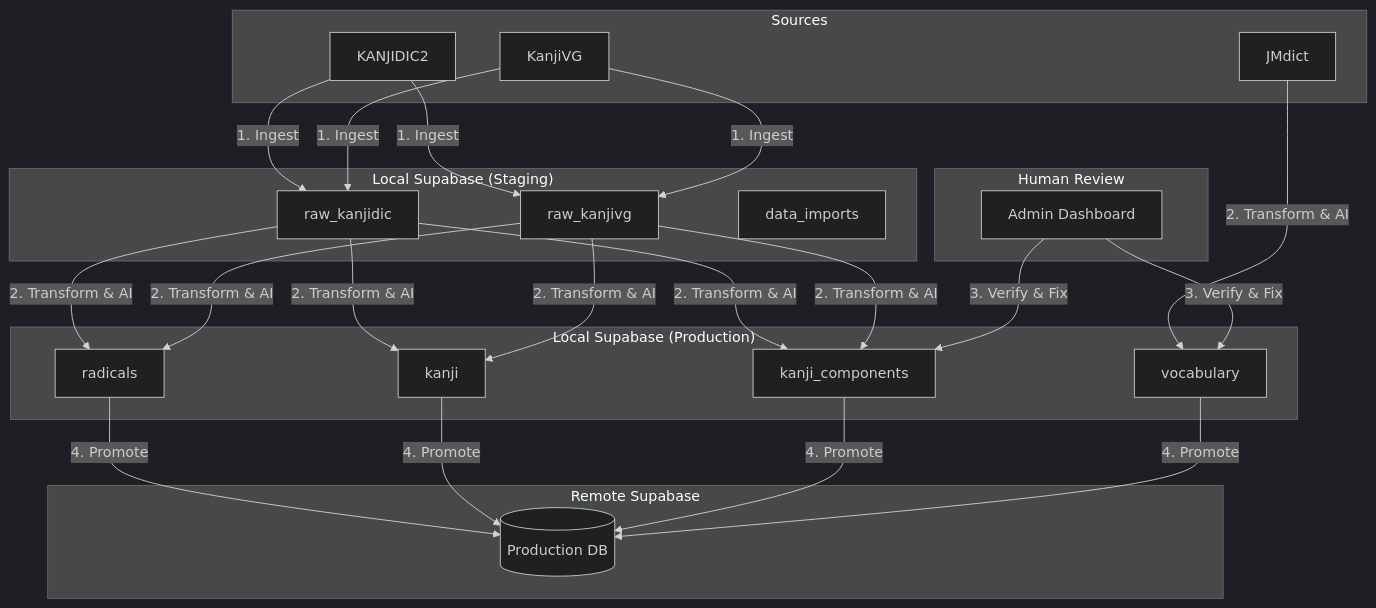
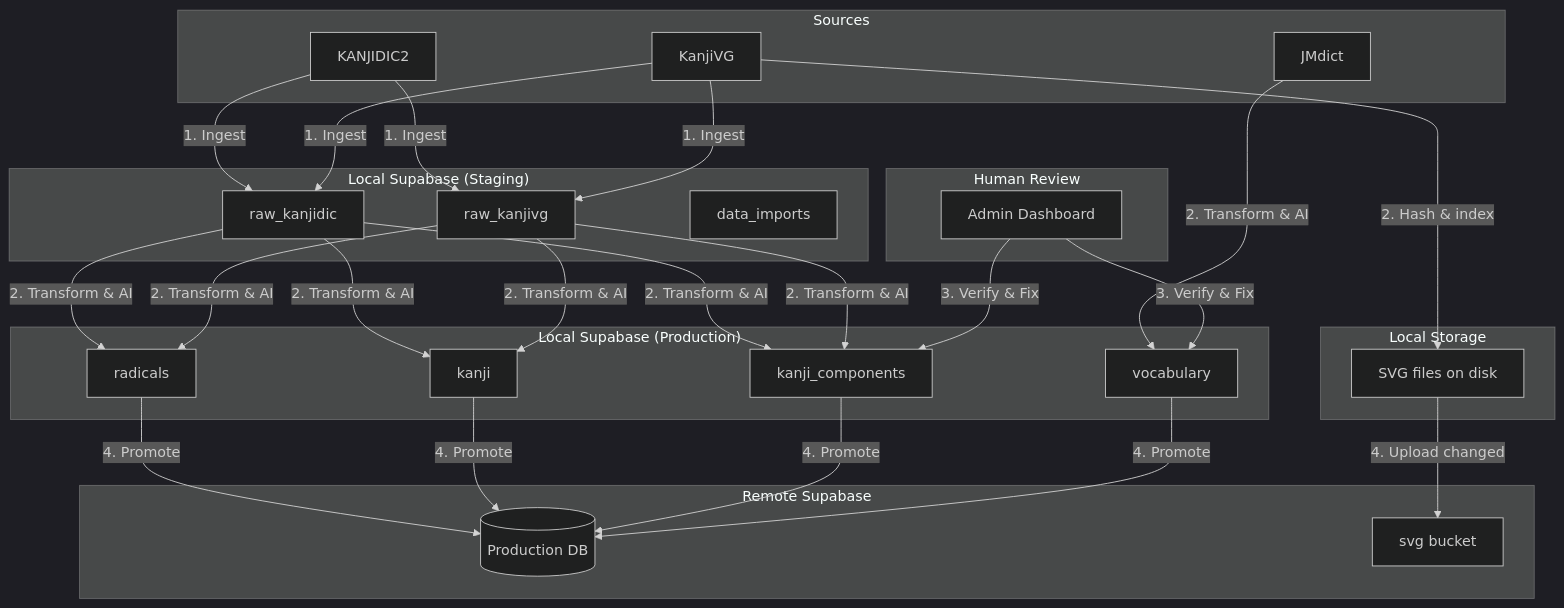
One commit to Va1erii/kanji_craft changed the diagram in docs/technical/pipeline.md. Above: the diagram before and after it, drawn with Mermaid (dark theme). The commit also changed other lines of this file, not shown here.

First line of the commit message:
docs(pipeline): add SVG hashing and upload steps

````diff
--- a/docs/technical/pipeline.md
+++ b/docs/technical/pipeline.md
@@ -35,36 +35,43 @@
 ```mermaid
 graph TD
     subgraph Sources
         XML[KANJIDIC2]
         SVG[KanjiVG]
         JMD[JMdict]
     end
 
     subgraph "Local Supabase (Staging)"
         RawK[raw_kanjidic]
         RawV[raw_kanjivg]
         Imports[data_imports]
     end
 
     subgraph "Local Supabase (Production)"
         Rad[radicals]
         Kan[kanji]
         Comp[kanji_components]
         Vocab[vocabulary]
     end
 
+    subgraph "Local Storage"
+        LocalSVG[SVG files on disk]
+    end
+
     subgraph "Human Review"
         Admin[Admin Dashboard]
     end
 
     subgraph "Remote Supabase"
         ProdDB[(Production DB)]
+        Bucket[svg bucket]
     end
 
     XML & SVG -->|"1. Ingest"| RawK & RawV
+    SVG -->|"2. Hash & index"| LocalSVG
     RawK & RawV -->|"2. Transform & AI"| Rad & Kan & Comp
     JMD -->|"2. Transform & AI"| Vocab
     Admin -->|"3. Verify & Fix"| Comp
     Admin -->|"3. Verify & Fix"| Vocab
     Rad & Kan & Comp & Vocab -->|"4. Promote"| ProdDB
+    LocalSVG -->|"4. Upload changed"| Bucket
 ```
````
